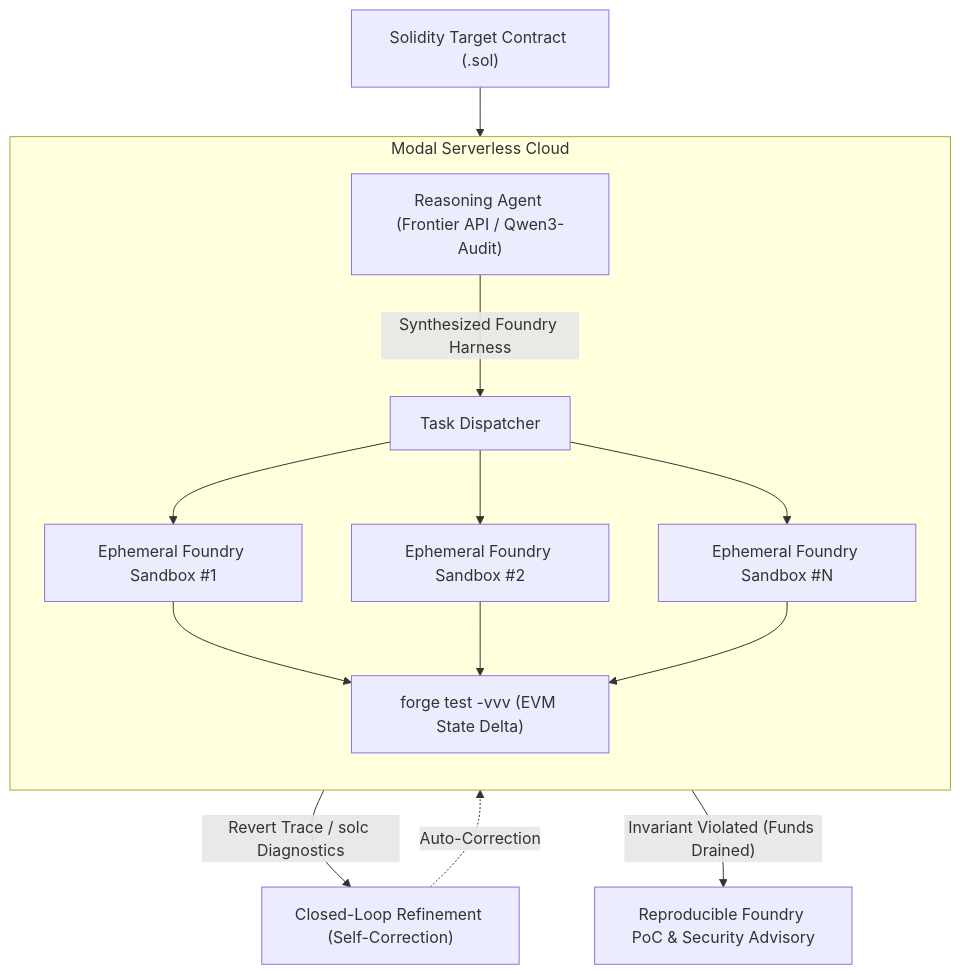
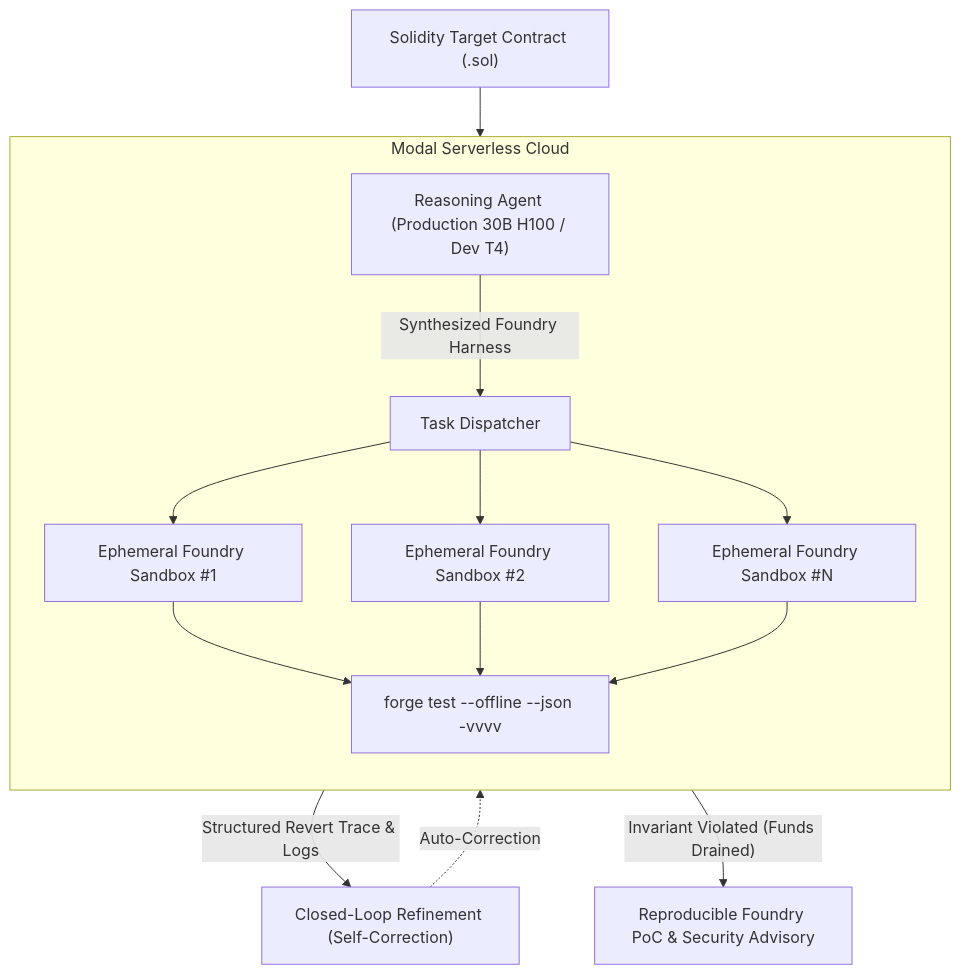
Before and after one commit to NeuBeginner/Agentic-security-RLVR: the diagram in README.md, drawn with Mermaid. The commit also changed other lines of this file and 2 other files, not shown here.

Commit message:
Align modal_app.py and README with explicit Production Audit (H100 30B) and Dev (T4 1.5B) tiers

````diff
--- a/README.md
+++ b/README.md
@@ -25,20 +25,20 @@
 ```mermaid
 flowchart TD
-    TargetContract["Solidity Target Contract (.sol)"] --> Agent["Reasoning Agent (Frontier API / Qwen3-Audit)"]
+    TargetContract["Solidity Target Contract (.sol)"] --> Agent["Reasoning Agent (Production 30B H100 / Dev T4)"]
     
     subgraph ModalCloud["Modal Serverless Cloud"]
         direction TB
         Agent -->|"Synthesized Foundry Harness"| Dispatcher["Task Dispatcher"]
         Dispatcher --> Box1["Ephemeral Foundry Sandbox #1"]
         Dispatcher --> Box2["Ephemeral Foundry Sandbox #2"]
         Dispatcher --> BoxN["Ephemeral Foundry Sandbox #N"]
         
-        Box1 --> Forge["forge test -vvv (EVM State Delta)"]
+        Box1 --> Forge["forge test --offline --json -vvvv"]
         Box2 --> Forge
         BoxN --> Forge
     end
     
-    Forge -->|"Revert Trace / solc Diagnostics"| Feedback["Closed-Loop Refinement (Self-Correction)"]
+    Forge -->|"Structured Revert Trace & Logs"| Feedback["Closed-Loop Refinement (Self-Correction)"]
     Feedback -.->|"Auto-Correction"| Agent
     Forge -->|"Invariant Violated (Funds Drained)"| PoC["Reproducible Foundry PoC & Security Advisory"]
 ```
````
